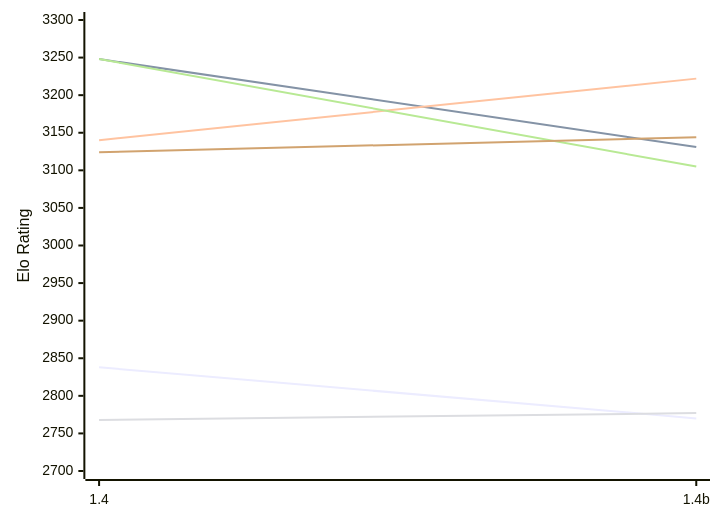
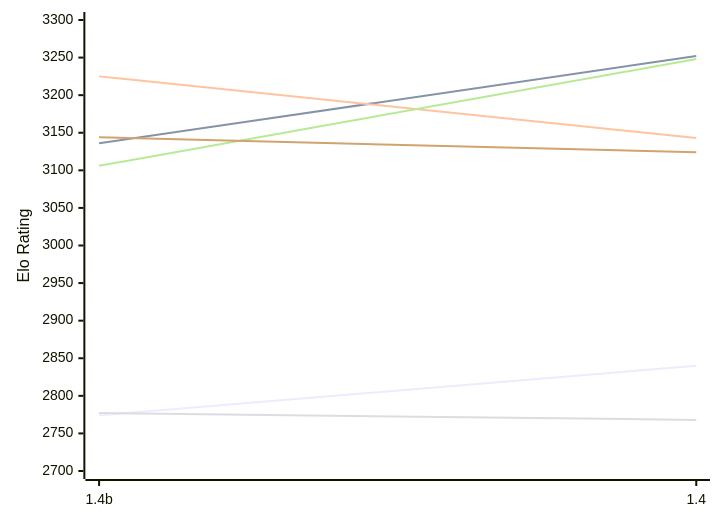
Before and after one commit to computer-chess-index/cci: the first of 2 diagrams in engines/Chessnix.md, drawn with Mermaid. The commit also changed other lines of this file, not shown here.

Commit message:
Update CCI Ratings (ELO VLTC) - 2026-11-22

````diff
--- a/engines/Chessnix.md
+++ b/engines/Chessnix.md
@@ -52,12 +52,12 @@
 ```mermaid
 %%{init: {"theme":"base","themeVariables":{"seriesColors:['#a3a3a3','#222221','#faa371']}}}%%
 xychart-beta
-  x-axis ["1.4", "1.4b"]
+  x-axis ["1.4b", "1.4"]
   y-axis "Elo Rating" 2700 --> 3300
-  line "E1: STC (8.0+0.08s)" [2838, 2770]
-  line "E1: LTC (60.0+0.60s)" [3248, 3131]
-  line "E1: VLTC (2m24s+1.12s)" [3140, 3222]
-  line "P1: STC (8.0+0.08s)" [2768, 2777]
-  line "P1: LTC (60.0+0.60s)" [3248, 3105]
-  line "P1: VLTC (2m24s+1.12s)" [3124, 3144]
+  line "E1: STC (8.0+0.08s)" [2774, 2840]
+  line "E1: LTC (60.0+0.60s)" [3136, 3252]
+  line "E1: VLTC (2m24s+1.12s)" [3225, 3143]
+  line "P1: STC (8.0+0.08s)" [2777, 2768]
+  line "P1: LTC (60.0+0.60s)" [3106, 3248]
+  line "P1: VLTC (2m24s+1.12s)" [3144, 3124]
 ```
````
